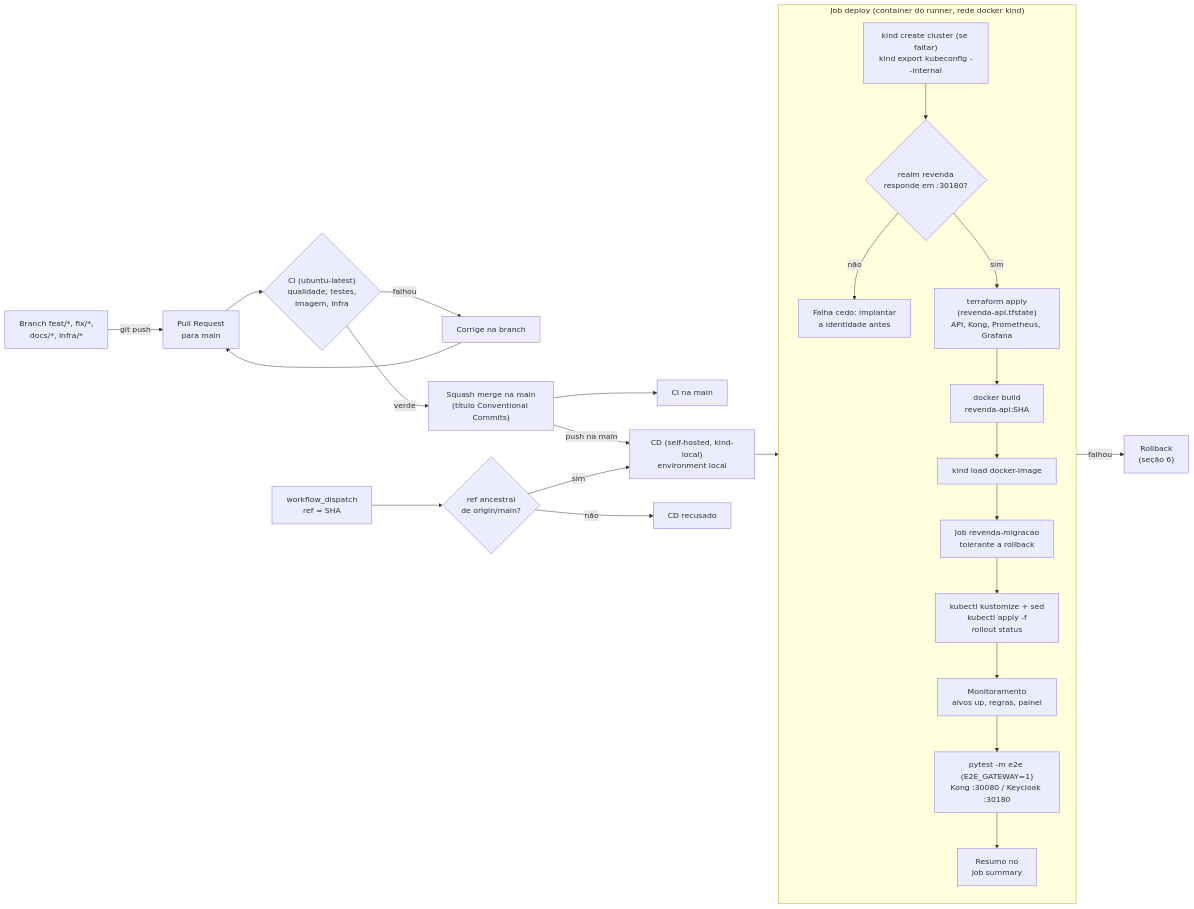
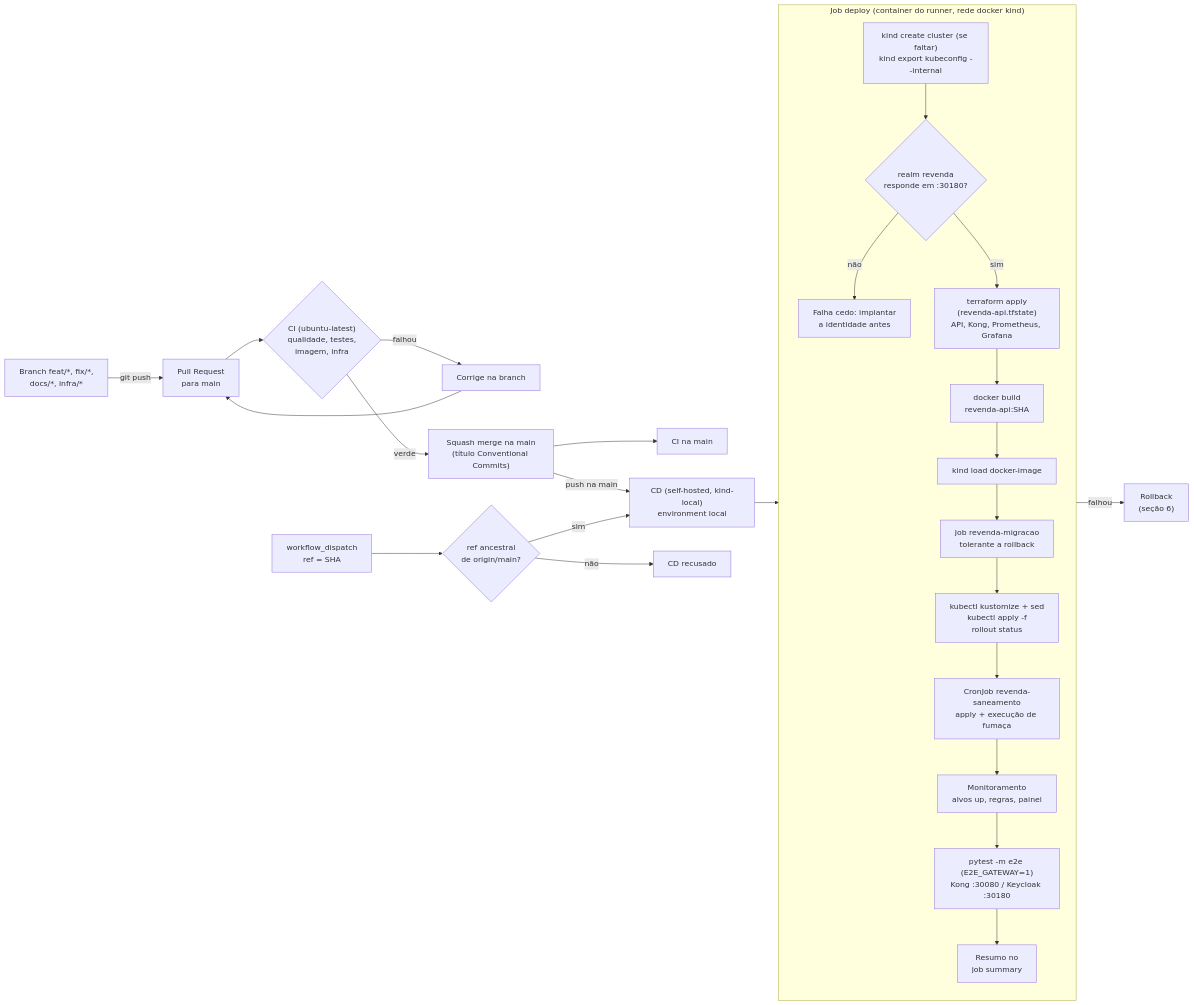
One commit to Caina-Climaco/fiap-soat-revenda-veiculos changed the diagram in docs/08-ci-cd-infra.md. Above: the diagram before and after it, drawn with Mermaid. The commit also changed other lines of this file and 25 other files, not shown here.

First line of the commit message:
feat(vendas): cronjob de saneamento, testes das 8 regras de alerta, pins por SHA e documentacao de riscos (#12)

````diff
--- a/docs/08-ci-cd-infra.md
+++ b/docs/08-ci-cd-infra.md
@@ -144,21 +165,21 @@
 ```mermaid
 flowchart LR
   dev["Branch feat/*, fix/*,<br/>docs/*, infra/*"] -->|"git push"| pr["Pull Request<br/>para main"]
   pr --> ci{"CI (ubuntu-latest)<br/>qualidade, testes,<br/>imagem, infra"}
   ci -->|"falhou"| fix["Corrige na branch"] --> pr
   ci -->|"verde"| merge["Squash merge na main<br/>(título Conventional Commits)"]
   merge --> ci2["CI na main"]
   merge -->|"push na main"| cd["CD (self-hosted, kind-local)<br/>environment local"]
   disp["workflow_dispatch<br/>ref = SHA"] --> val{"ref ancestral<br/>de origin/main?"}
   val -->|"não"| recusa["CD recusado"]
   val -->|"sim"| cd
   subgraph CDJOB["Job deploy (container do runner, rede docker kind)"]
     direction TB
     kc["kind create cluster (se faltar)<br/>kind export kubeconfig --internal"] --> idc{"realm revenda<br/>responde em :30180?"}
     idc -->|"não"| idf["Falha cedo: implantar<br/>a identidade antes"]
     idc -->|"sim"| tf["terraform apply<br/>(revenda-api.tfstate)<br/>API, Kong, Prometheus, Grafana"] --> build["docker build<br/>revenda-api:SHA"] --> load["kind load docker-image"]
-    load --> mig["Job revenda-migracao<br/>tolerante a rollback"] --> roll["kubectl kustomize + sed<br/>kubectl apply -f<br/>rollout status"] --> mon["Monitoramento<br/>alvos up, regras, painel"] --> e2e["pytest -m e2e (E2E_GATEWAY=1)<br/>Kong :30080 / Keycloak :30180"] --> sum["Resumo no<br/>job summary"]
+    load --> mig["Job revenda-migracao<br/>tolerante a rollback"] --> roll["kubectl kustomize + sed<br/>kubectl apply -f<br/>rollout status"] --> san["CronJob revenda-saneamento<br/>apply + execução de fumaça"] --> mon["Monitoramento<br/>alvos up, regras, painel"] --> e2e["pytest -m e2e (E2E_GATEWAY=1)<br/>Kong :30080 / Keycloak :30180"] --> sum["Resumo no<br/>job summary"]
   end
   cd --> kc
   e2e -->|"falhou"| rb["Rollback<br/>(seção 6)"]
 ```
````
